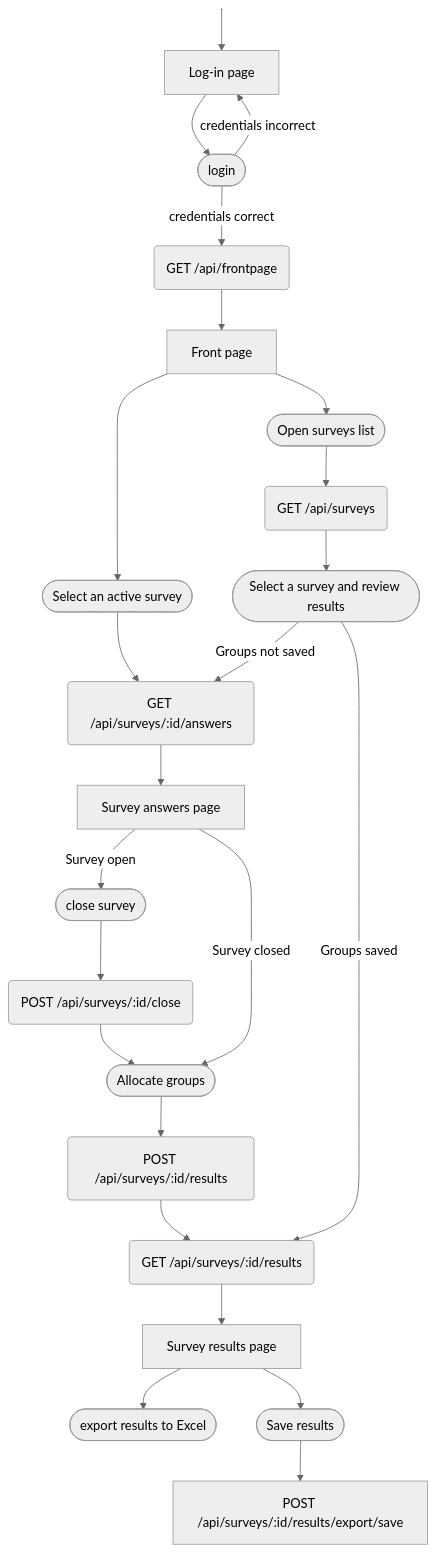
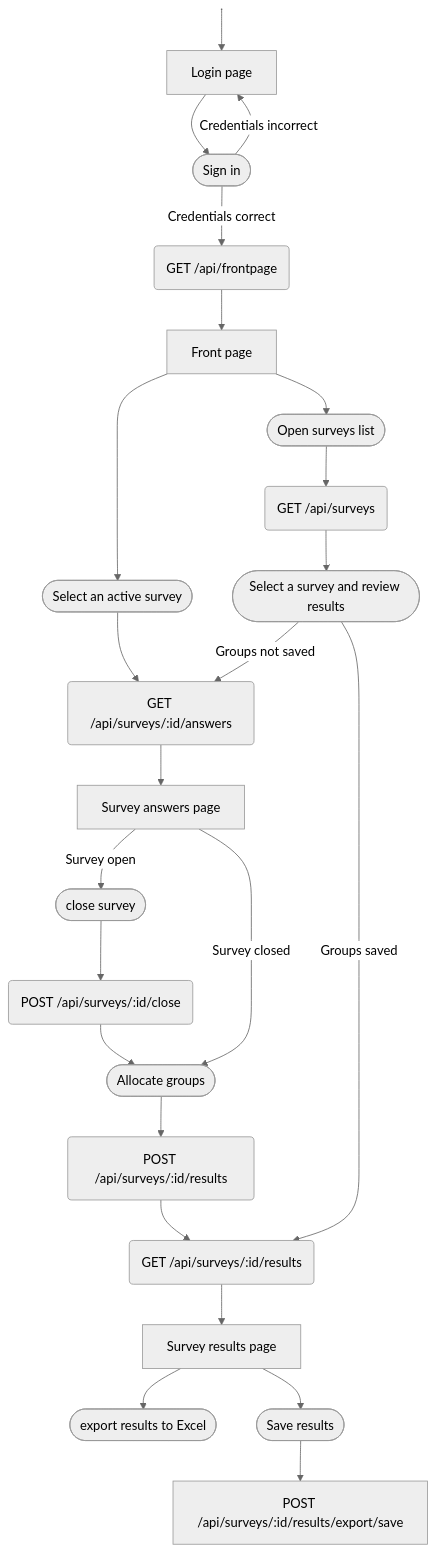
The second of 3 diagrams in docs-2.0/process_flow_chart.md (piryopt/pienryhmien-optimointi), drawn with Mermaid (neutral theme) before and after one commit. The commit also changed other lines of this file, not shown here.

Commit message:
Minor updates to flowcharts

````diff
--- a/docs-2.0/process_flow_chart.md
+++ b/docs-2.0/process_flow_chart.md
@@ -50,34 +49,34 @@
 ```mermaid
 flowchart TB
-    A["Log-in page"] --> n1(["login"])
+    A["Login page"] --> n1(["Sign in"])
     B("GET /api/frontpage") --> C["Front page"]
     C --> H(["Select an active survey"]) & n2(["Open surveys list"])
     H -- <br> --> E("GET /api/surveys/:id/answers")
     D["Survey answers page"] -- Survey open --> OP(["close survey"])
     D -- Survey closed --> n9(["Allocate groups"])
     E --> D
-    n1 -- credentials correct --> B
-    n1 -- credentials incorrect --> A
+    n1 -- Credentials correct --> B
+    n1 -- Credentials incorrect --> A
     n2 --> n3["GET /api/surveys"]
     n3 --> n4(["Select a survey and review results"])
     n8["Untitled Node"] --> A
     n4 -- Groups not saved --> E
     n4 -- Groups saved --> n15@{ label: "<span style=\"padding-left:\">GET /api/surveys/:id/results</span>" }
     OP --> n10["POST /api/surveys/:id/close"]
     n10 --> n9
     n9 --> n11@{ label: "<span style=\"padding-left:\">POST /api/surveys/:id/results</span>" }
     n11 --> n15
     n12["Survey results page"] --> JK(["export results to Excel"]) & n13(["Save results"])
     n13 --> n14@{ label: "<span style=\"padding-left:\">POST /api/surveys/:id/results/export/save</span>" }
     n15 --> n12
 
     A@{ shape: rect}
     C@{ shape: rect}
     D@{ shape: rect}
     n3@{ shape: rounded}
     n8@{ shape: anchor}
     n15@{ shape: rounded}
     n10@{ shape: rounded}
     n11@{ shape: rounded}
     n14@{ shape: rect}
 ```
````
